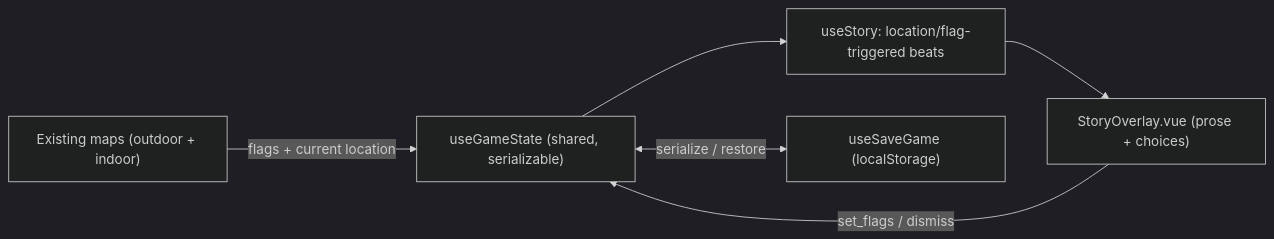
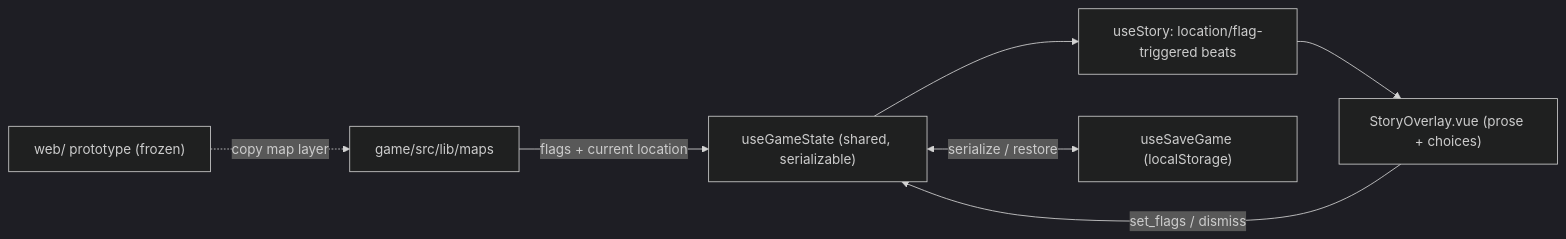
Before and after one commit to ZanzibarNuclear/atomic-adventures: the diagram in docs/plans/part-i-alpha-slice.md, drawn with Mermaid (dark theme). The commit also changed other lines of this file and 84 other files, not shown here.

````diff
--- a/docs/plans/part-i-alpha-slice.md
+++ b/docs/plans/part-i-alpha-slice.md
@@ -31,8 +103,9 @@
 ```mermaid
 flowchart LR
-  maps["Existing maps (outdoor + indoor)"] -->|"flags + current location"| gameState["useGameState (shared, serializable)"]
+  prototype["web/ prototype (frozen)"] -.->|"copy map layer"| maps["game/src/lib/maps"]
+  maps -->|"flags + current location"| gameState["useGameState (shared, serializable)"]
   gameState --> story["useStory: location/flag-triggered beats"]
   story --> overlay["StoryOverlay.vue (prose + choices)"]
   overlay -->|"set_flags / dismiss"| gameState
   gameState <-->|"serialize / restore"| save["useSaveGame (localStorage)"]
 ```
````
